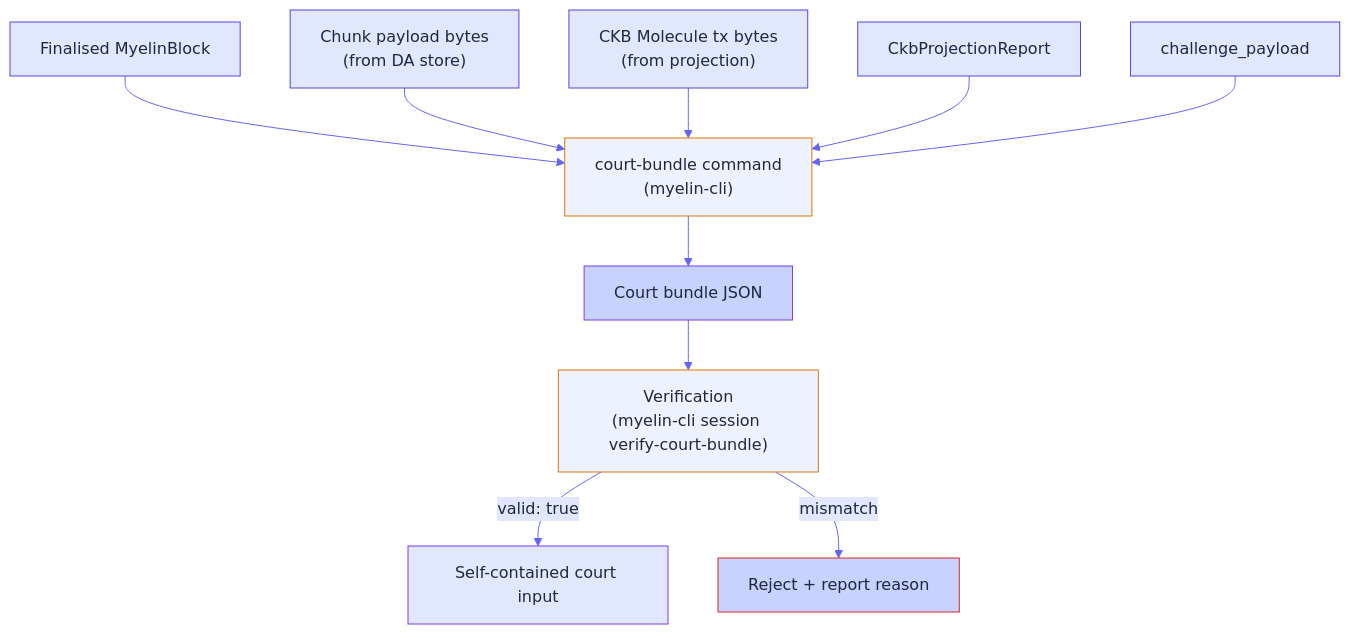
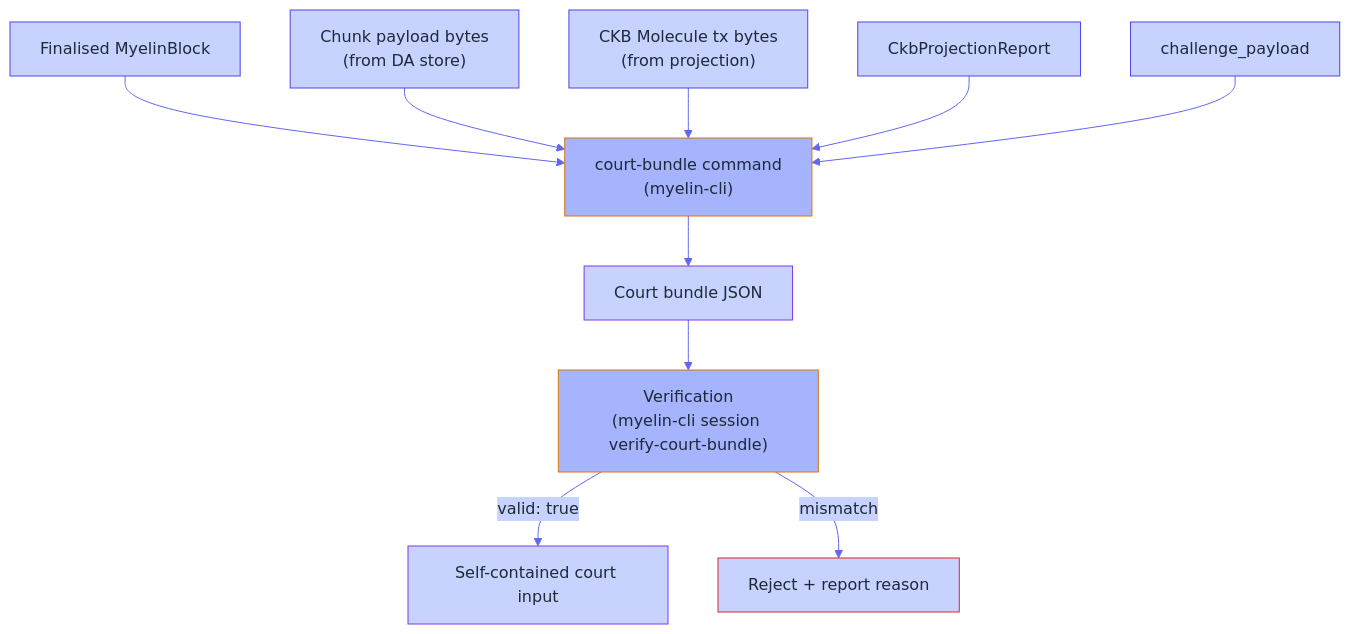
The first of 2 diagrams in docs/interactions/court-path.md (Myelin-Labs/Myelin), drawn with Mermaid before and after one commit. The commit also changed other lines of this file and 31 other files, not shown here.

````diff
--- a/docs/interactions/court-path.md
+++ b/docs/interactions/court-path.md
@@ -66,39 +66,39 @@
 ```mermaid
 %%{init: {
   "theme": "base",
   "themeVariables": {
-    "primaryColor": "#EEF2FF",
+    "primaryColor": "#A5B4FC",
     "primaryTextColor": "#1E293B",
     "primaryBorderColor": "#4F46E5",
     "lineColor": "#6366F1",
-    "secondaryColor": "#E0E7FF",
+    "secondaryColor": "#C7D2FE",
     "tertiaryColor": "#C7D2FE"
   }
 }}%%
 flowchart TB
     A["Finalised MyelinBlock"]:::l2
     B["Chunk payload bytes<br/>(from DA store)"]:::l2
     C["CKB Molecule tx bytes<br/>(from projection)"]:::l2
     D["CkbProjectionReport"]:::l2
     E["challenge_payload"]:::l2
     F["court-bundle command<br/>(myelin-cli)"]:::cli
 
     G["Court bundle JSON"]:::bundle
     H["Verification<br/>(myelin-cli session verify-court-bundle)"]:::cli
 
     A --> F
     B --> F
     C --> F
     D --> F
     E --> F
     F --> G
     G --> H
     H -->|valid: true| I["Self-contained court input"]:::good
     H -->|mismatch| J["Reject + report reason"]:::bad
 
-    classDef l2     fill:#E0E7FF,stroke:#4F46E5,color:#1E293B;
-    classDef cli    fill:#EEF2FF,stroke:#D97706,color:#1E293B;
+    classDef l2     fill:#C7D2FE,stroke:#4F46E5,color:#1E293B;
+    classDef cli    fill:#A5B4FC,stroke:#D97706,color:#1E293B;
     classDef bundle fill:#C7D2FE,stroke:#7C3AED,color:#1E293B;
-    classDef good   fill:#E0E7FF,stroke:#7C3AED,color:#1E293B;
+    classDef good   fill:#C7D2FE,stroke:#7C3AED,color:#1E293B;
     classDef bad    fill:#C7D2FE,stroke:#DC2626,color:#1E293B;
 ```
````
